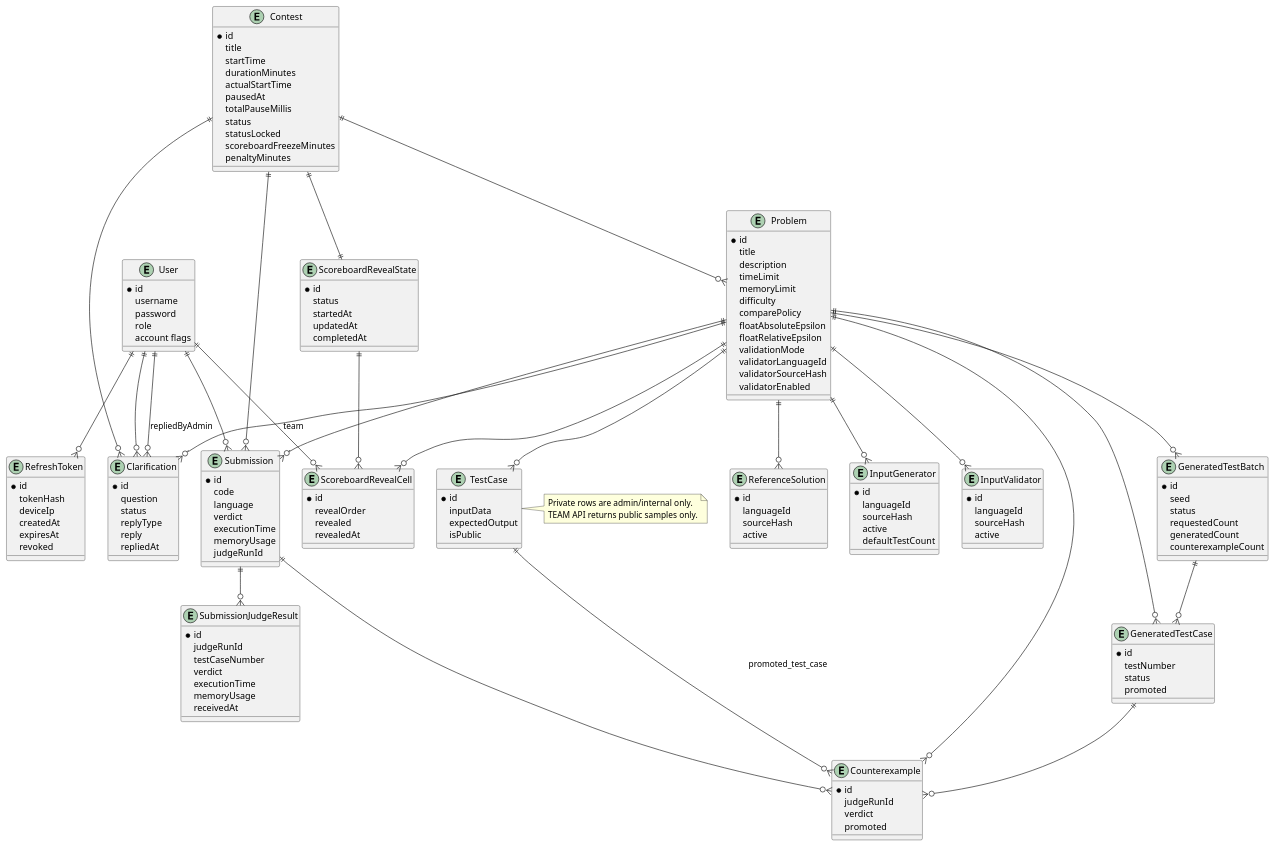
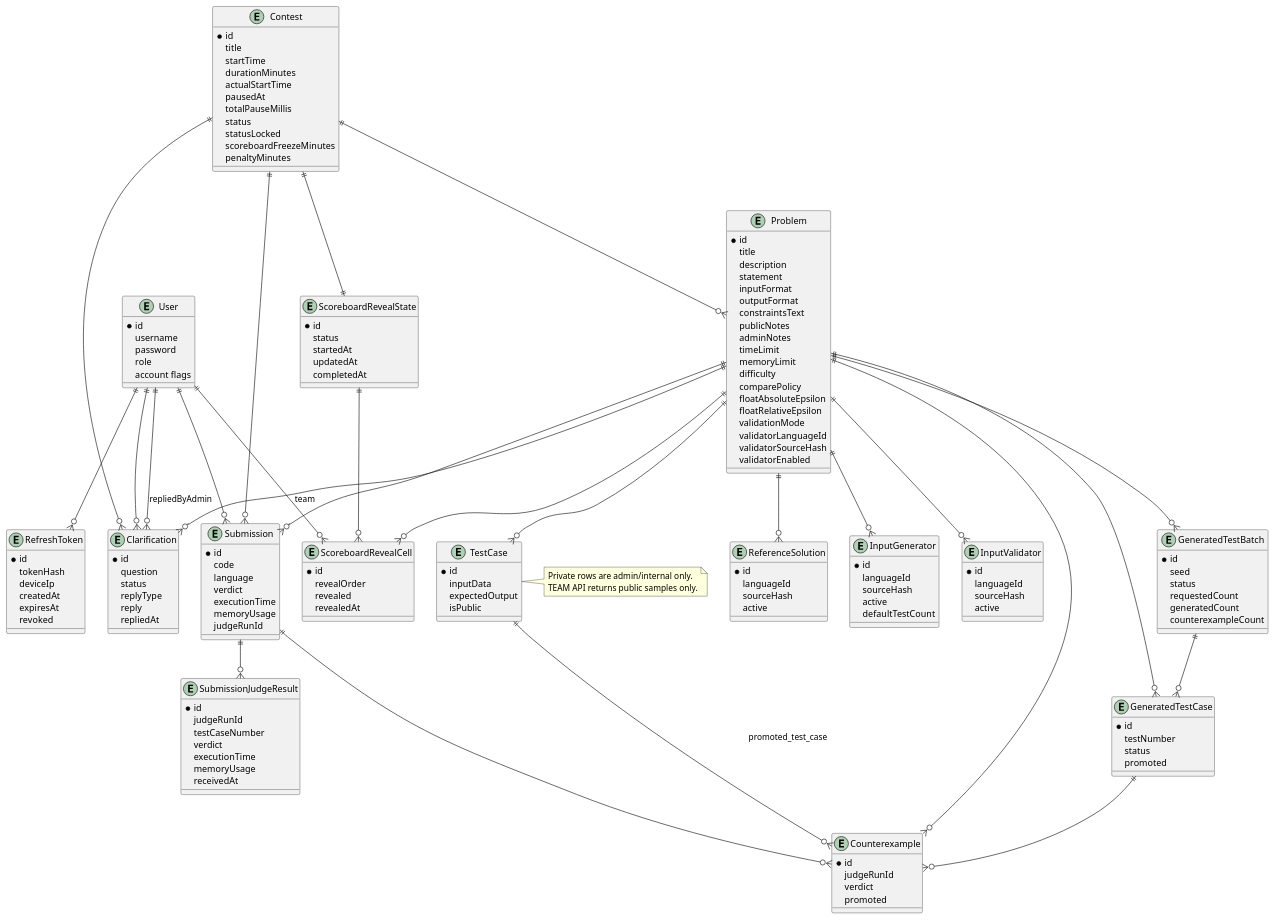
Before and after one commit to AuraC-graduate-project/AuraC2: diagram 15 of 18 in docs/report-rebuild/diagram-prompts.md, drawn with PlantUML. The commit also changed other lines of this file and 20 other files, not shown here.

```diff
--- a/docs/report-rebuild/diagram-prompts.md
+++ b/docs/report-rebuild/diagram-prompts.md
@@ -732,6 +742,12 @@
   * id
   title
   description
+  statement
+  inputFormat
+  outputFormat
+  constraintsText
+  publicNotes
+  adminNotes
   timeLimit
   memoryLimit
   difficulty
```
